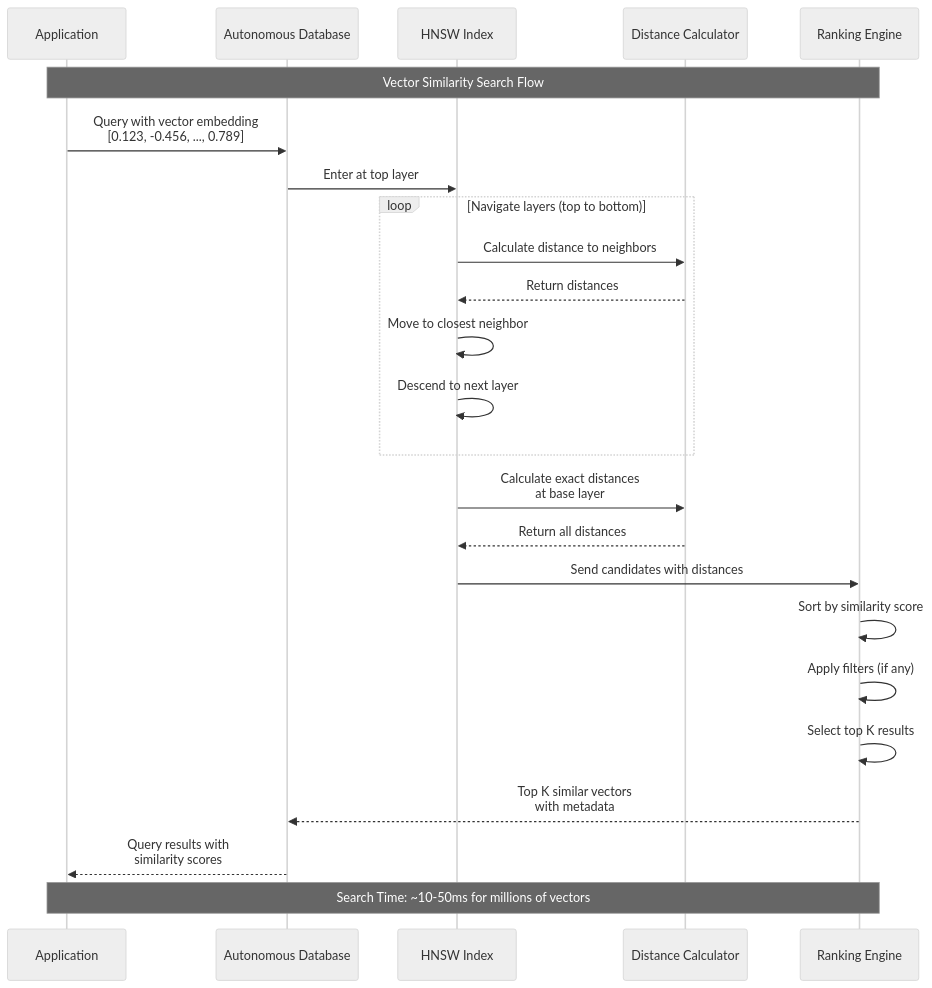
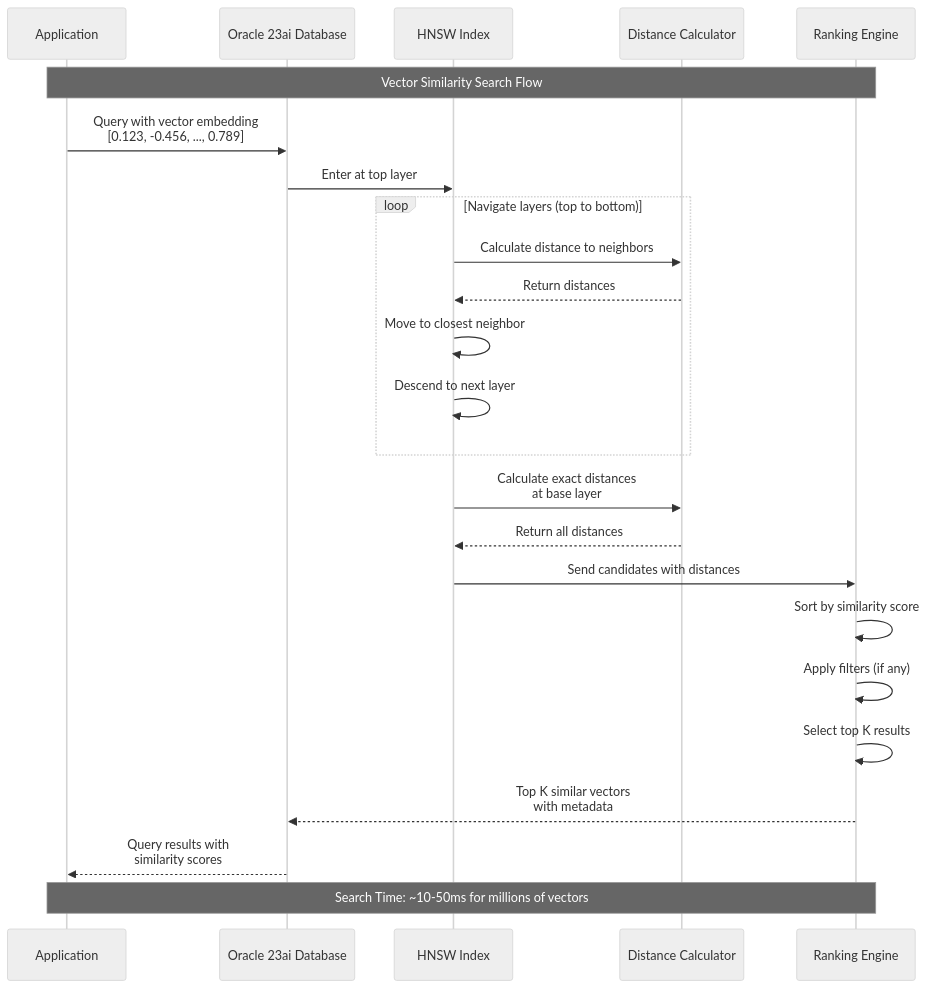
Diagram 15 of 17 in docs/ARCHITECTURE_DIAGRAMS.md (psreek-ai/SiebelCRMSemanticSearch), drawn with Mermaid (neutral theme) before and after one commit. The commit also changed other lines of this file and 13 other files, not shown here.

````diff
--- a/docs/ARCHITECTURE_DIAGRAMS.md
+++ b/docs/ARCHITECTURE_DIAGRAMS.md
@@ -967,33 +984,33 @@
 ```mermaid
 sequenceDiagram
     participant App as Application
-    participant DB as Autonomous Database
+    participant DB as Oracle 23ai Database
     participant HNSW as HNSW Index
     participant Calc as Distance Calculator
     participant Rank as Ranking Engine
     
     Note over App,Rank: Vector Similarity Search Flow
     
     App->>DB: Query with vector embedding<br/>[0.123, -0.456, ..., 0.789]
     DB->>HNSW: Enter at top layer
     
     loop Navigate layers (top to bottom)
         HNSW->>Calc: Calculate distance to neighbors
         Calc-->>HNSW: Return distances
         HNSW->>HNSW: Move to closest neighbor
         HNSW->>HNSW: Descend to next layer
     end
     
     HNSW->>Calc: Calculate exact distances<br/>at base layer
     Calc-->>HNSW: Return all distances
     
     HNSW->>Rank: Send candidates with distances
     Rank->>Rank: Sort by similarity score
     Rank->>Rank: Apply filters (if any)
     Rank->>Rank: Select top K results
     
     Rank-->>DB: Top K similar vectors<br/>with metadata
     DB-->>App: Query results with<br/>similarity scores
     
     Note over App,Rank: Search Time: ~10-50ms for millions of vectors
 ```
````
